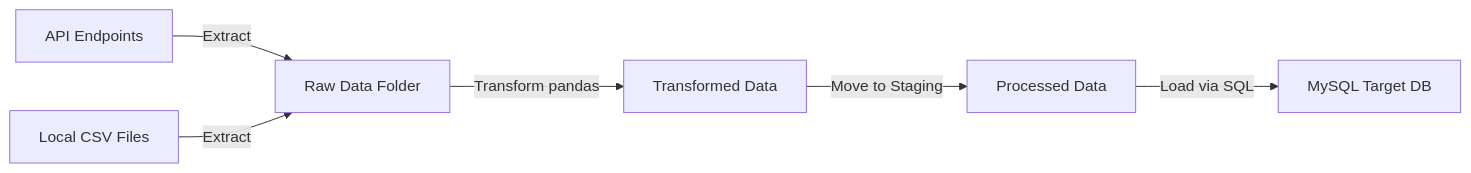
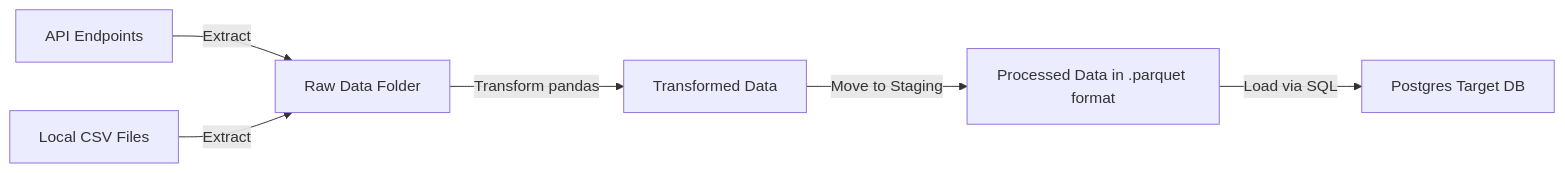
The diagram in README.md (JuFo96/ETL), drawn with Mermaid before and after one commit. The commit also changed other lines of this file, not shown here.

Commit message:
update readme to reflect postgres changes

````diff
--- a/README.md
+++ b/README.md
@@ -70,8 +70,8 @@
 ```mermaid
 flowchart LR
     A[API Endpoints] -->|Extract| B[Raw Data Folder]
     C[Local CSV Files] -->|Extract| B
     B -->|Transform pandas| E[Transformed Data]
-    E[Transformed Data] -->|Move to Staging| F[Processed Data]
-    F -->|Load via SQL| G[MySQL Target DB]
+    E[Transformed Data] -->|Move to Staging| F[Processed Data in .parquet format]
+    F -->|Load via SQL| G[Postgres Target DB]
 ```
````
